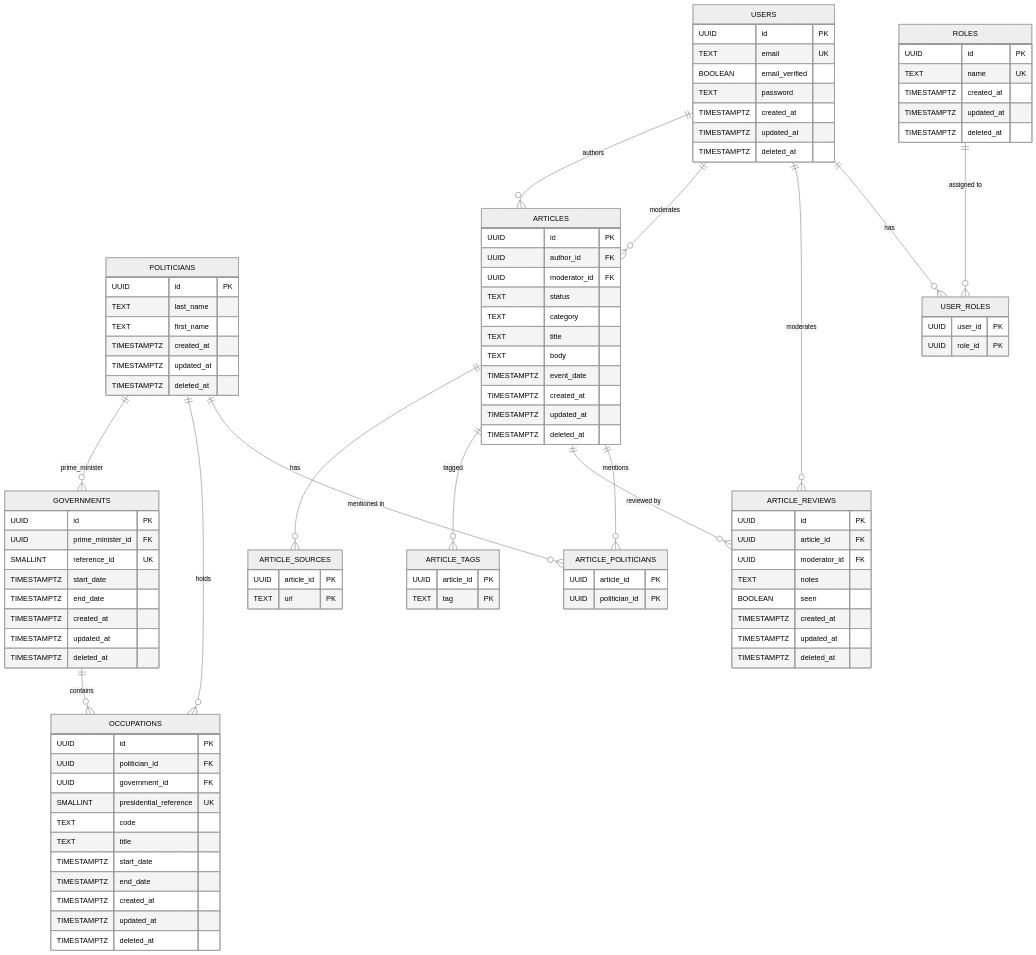
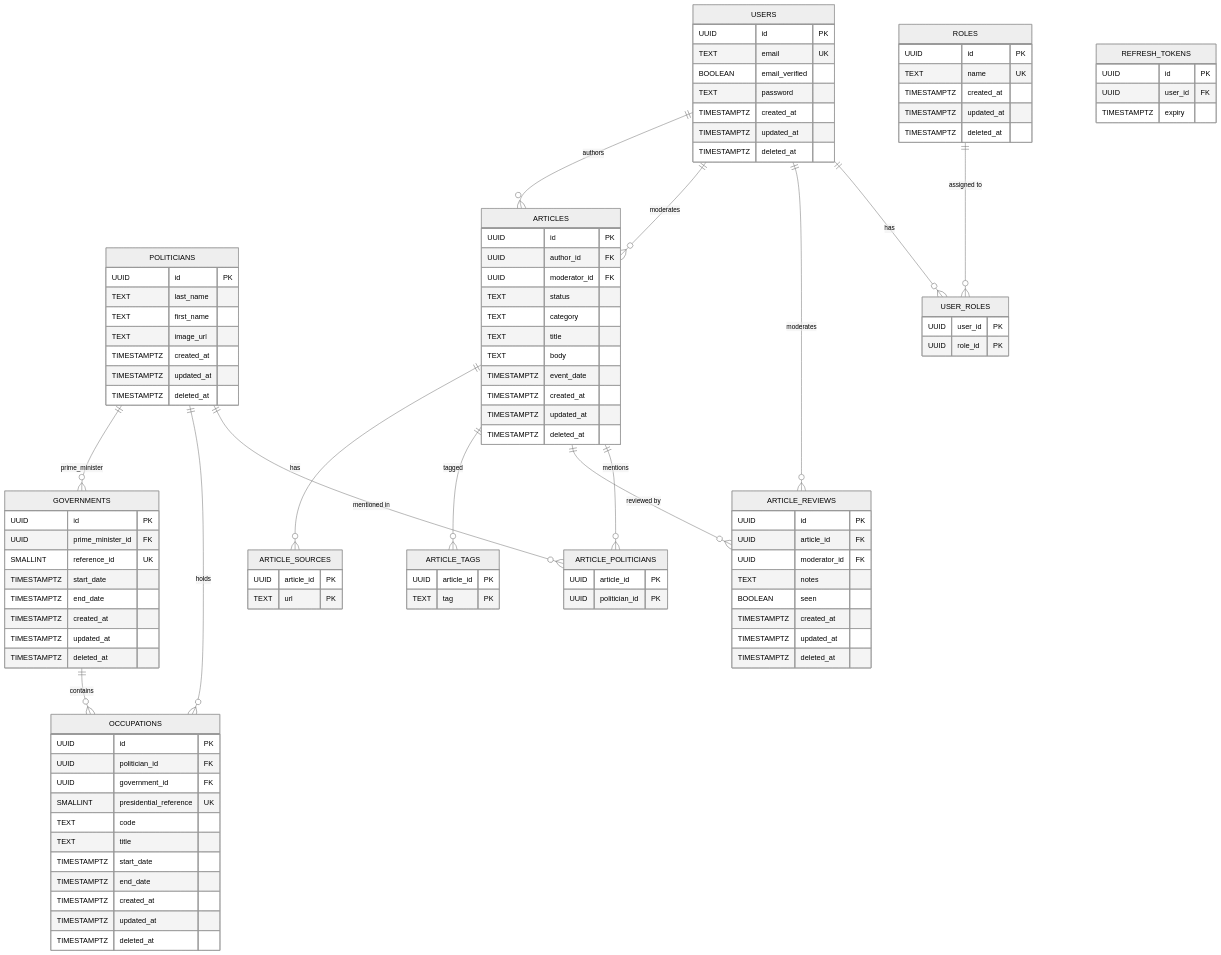
The diagram in database/schema.md (josselinchevalay/vigie-du-mensonge), drawn with Mermaid (neutral theme) before and after one commit. The commit also changed 11 other files, not shown here.

Commit message:
ajout junie guidelines, backend Dockerfile, et table  dans dabatase/schema.sql avec le models correpondant côté backend + refacto env pkg

```diff
--- a/database/schema.md
+++ b/database/schema.md
@@ -8,6 +8,7 @@
         UUID id PK
         TEXT last_name
         TEXT first_name
+        TEXT image_url
         TIMESTAMPTZ created_at
         TIMESTAMPTZ updated_at
         TIMESTAMPTZ deleted_at
@@ -59,6 +60,12 @@
     USER_ROLES {
         UUID user_id PK
         UUID role_id PK
+    }
+    
+    REFRESH_TOKENS {
+        UUID id PK
+        UUID user_id FK
+        TIMESTAMPTZ expiry
     }
 
     ARTICLES {
```
